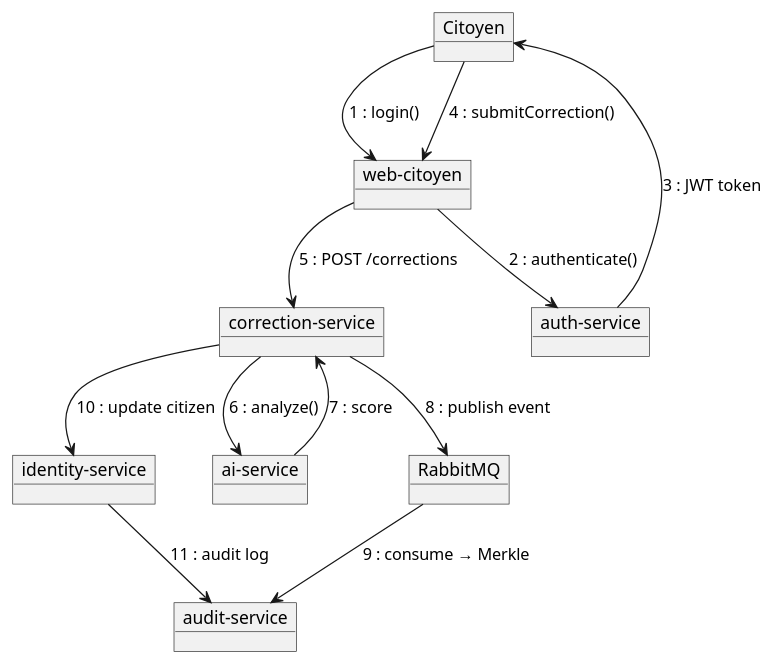
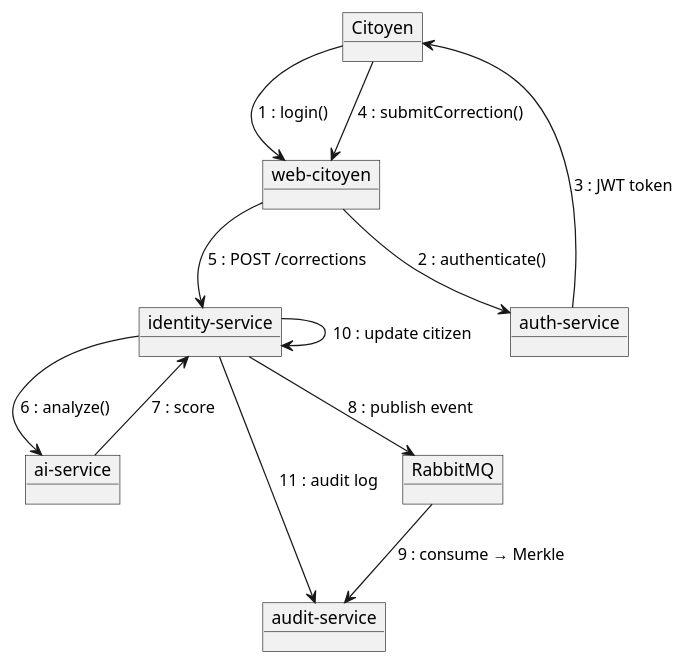
Before and after one commit to TheManInPink/Session-Ete-2026: diagram 31 of 40 in docs/diagrams/99-DIAGRAMMES-PLANTUML.md, drawn with PlantUML. The commit also changed other lines of this file and 1 other file, not shown here.

First line of the commit message:
docs: éliminer les services fictifs résiduels des diagrammes (catalogue 99)

````diff
--- a/docs/diagrams/99-DIAGRAMMES-PLANTUML.md
+++ b/docs/diagrams/99-DIAGRAMMES-PLANTUML.md
@@ -1412,24 +1412,23 @@
 ```plantuml
 @startuml
 object "Citoyen" as C
 object "web-citoyen" as W
 object "auth-service" as A
 object "identity-service" as I
-object "correction-service" as Co
 object "ai-service" as AI
 object "audit-service" as Au
 object "RabbitMQ" as MQ
 
 C --> W : 1 : login()
 W --> A : 2 : authenticate()
 A --> C : 3 : JWT token
 C --> W : 4 : submitCorrection()
-W --> Co : 5 : POST /corrections
-Co --> AI : 6 : analyze()
-AI --> Co : 7 : score
-Co --> MQ : 8 : publish event
+W --> I : 5 : POST /corrections
+I --> AI : 6 : analyze()
+AI --> I : 7 : score
+I --> MQ : 8 : publish event
 MQ --> Au : 9 : consume → Merkle
-Co --> I : 10 : update citizen
+I --> I : 10 : update citizen
 I --> Au : 11 : audit log
 @enduml
 ```
````
